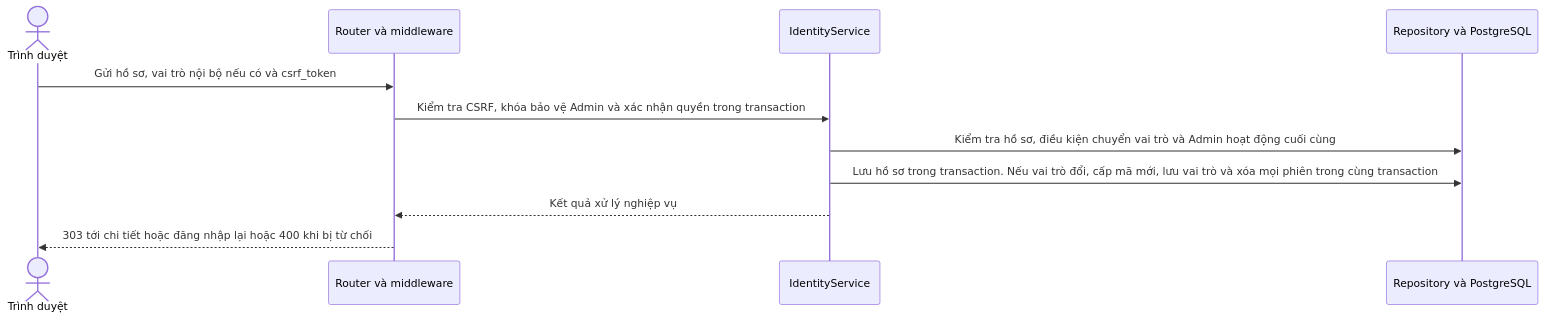
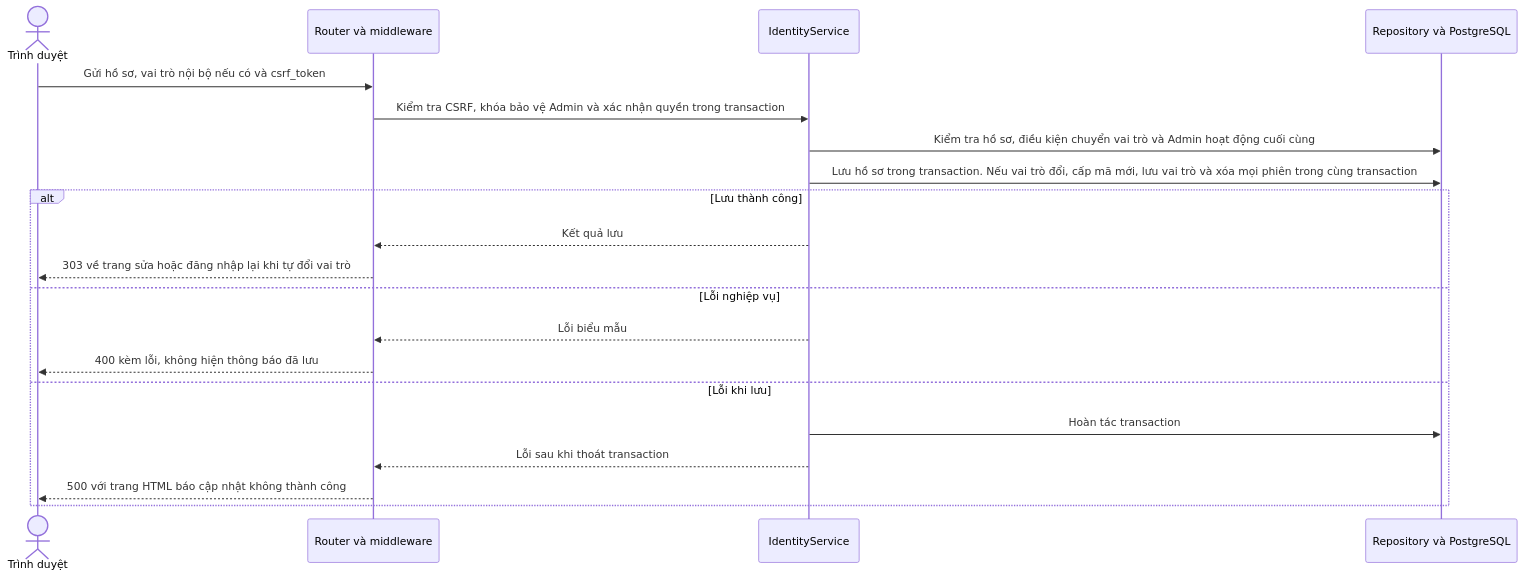
Before and after one commit to thanhklt/sobie-swimwear-e-commerce: the diagram in docs/sequence/identity/post-admin-accounts-key-edit.md, drawn with Mermaid. The commit also changed 72 other files, not shown here.

````diff
--- a/docs/sequence/identity/post-admin-accounts-key-edit.md
+++ b/docs/sequence/identity/post-admin-accounts-key-edit.md
@@ -5,13 +5,22 @@
 ```mermaid
 sequenceDiagram
     actor Browser as Trình duyệt
     participant Route as Router và middleware
     participant Service as IdentityService
     participant Data as Repository và PostgreSQL
     Browser->>Route: Gửi hồ sơ, vai trò nội bộ nếu có và csrf_token
     Route->>Service: Kiểm tra CSRF, khóa bảo vệ Admin và xác nhận quyền trong transaction
     Service->>Data: Kiểm tra hồ sơ, điều kiện chuyển vai trò và Admin hoạt động cuối cùng
     Service->>Data: Lưu hồ sơ trong transaction. Nếu vai trò đổi, cấp mã mới, lưu vai trò và xóa mọi phiên trong cùng transaction
-    Service-->>Route: Kết quả xử lý nghiệp vụ
-    Route-->>Browser: 303 tới chi tiết hoặc đăng nhập lại hoặc 400 khi bị từ chối
+    alt Lưu thành công
+        Service-->>Route: Kết quả lưu
+        Route-->>Browser: 303 về trang sửa hoặc đăng nhập lại khi tự đổi vai trò
+    else Lỗi nghiệp vụ
+        Service-->>Route: Lỗi biểu mẫu
+        Route-->>Browser: 400 kèm lỗi, không hiện thông báo đã lưu
+    else Lỗi khi lưu
+        Service->>Data: Hoàn tác transaction
+        Service-->>Route: Lỗi sau khi thoát transaction
+        Route-->>Browser: 500 với trang HTML báo cập nhật không thành công
+    end
 ```
````
